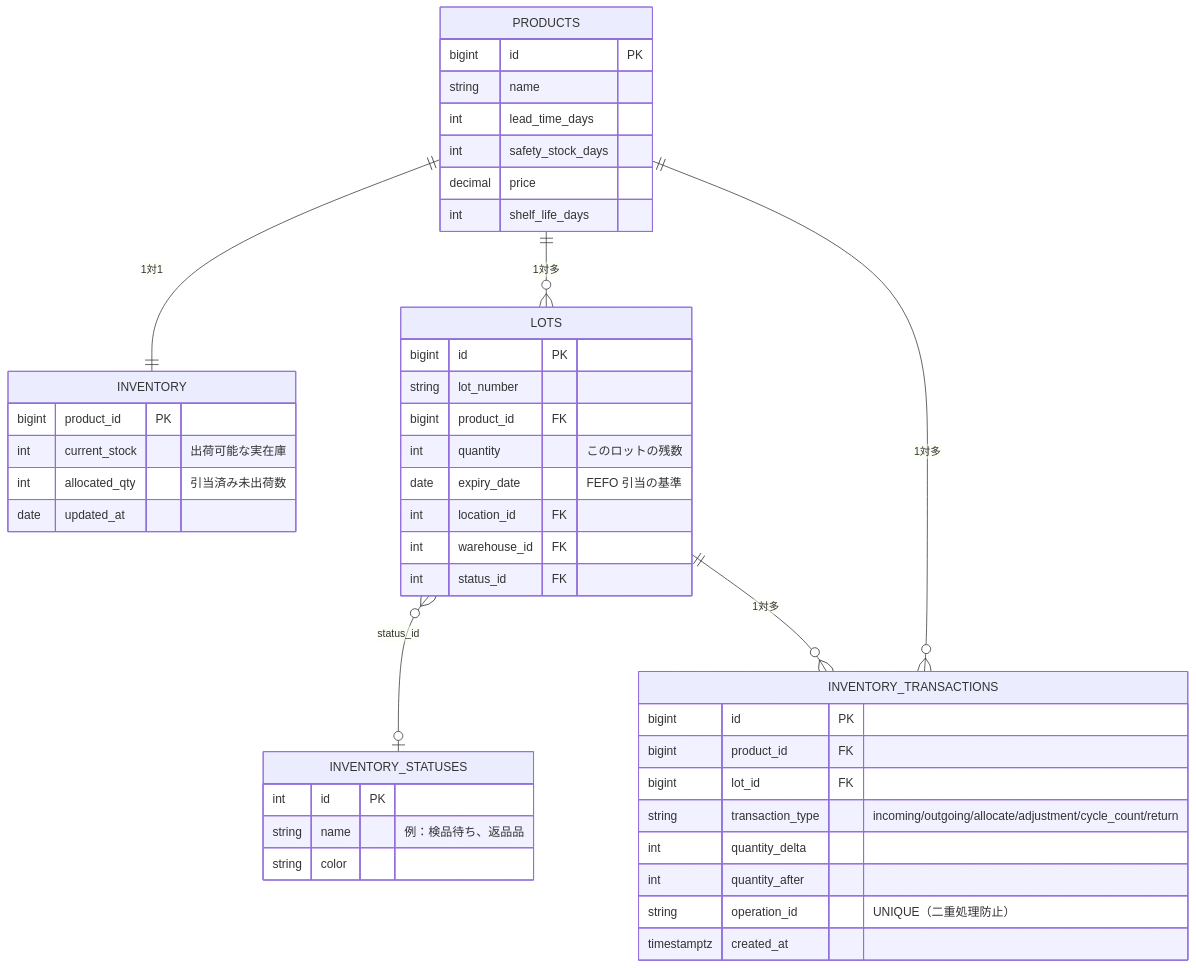
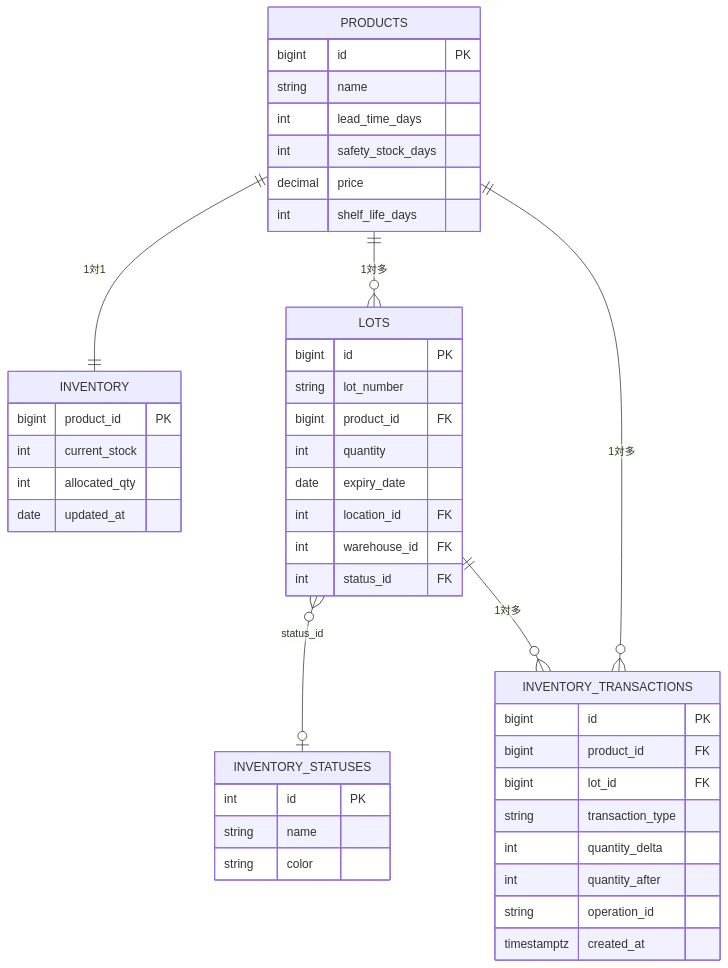
The second of 5 diagrams in docs/er-diagram.md (naoki3/order-assist), drawn with Mermaid before and after one commit. The commit also changed other lines of this file, not shown here.

First line of the commit message:
docs: fix all Mermaid erDiagram parse errors

````diff
--- a/docs/er-diagram.md
+++ b/docs/er-diagram.md
@@ -348,53 +305,53 @@
 ```mermaid
 erDiagram
 
     PRODUCTS {
         bigint id PK
         string name
         int lead_time_days
         int safety_stock_days
         decimal price
         int shelf_life_days
     }
 
     INVENTORY {
         bigint product_id PK
-        int current_stock "出荷可能な実在庫"
-        int allocated_qty "引当済み未出荷数"
+        int current_stock
+        int allocated_qty
         date updated_at
     }
 
     LOTS {
         bigint id PK
         string lot_number
         bigint product_id FK
-        int quantity "このロットの残数"
-        date expiry_date "FEFO 引当の基準"
+        int quantity
+        date expiry_date
         int location_id FK
         int warehouse_id FK
         int status_id FK
     }
 
     INVENTORY_TRANSACTIONS {
         bigint id PK
         bigint product_id FK
         bigint lot_id FK
-        string transaction_type "incoming/outgoing/allocate/adjustment/cycle_count/return"
+        string transaction_type
         int quantity_delta
         int quantity_after
-        string operation_id "UNIQUE（二重処理防止）"
+        string operation_id
         timestamptz created_at
     }
 
     INVENTORY_STATUSES {
         int id PK
-        string name "例：検品待ち、返品品"
+        string name
         string color
     }
 
     PRODUCTS ||--|| INVENTORY : "1対1"
     PRODUCTS ||--o{ LOTS : "1対多"
     PRODUCTS ||--o{ INVENTORY_TRANSACTIONS : "1対多"
     LOTS }o--o| INVENTORY_STATUSES : "status_id"
     LOTS ||--o{ INVENTORY_TRANSACTIONS : "1対多"
 ```
````
